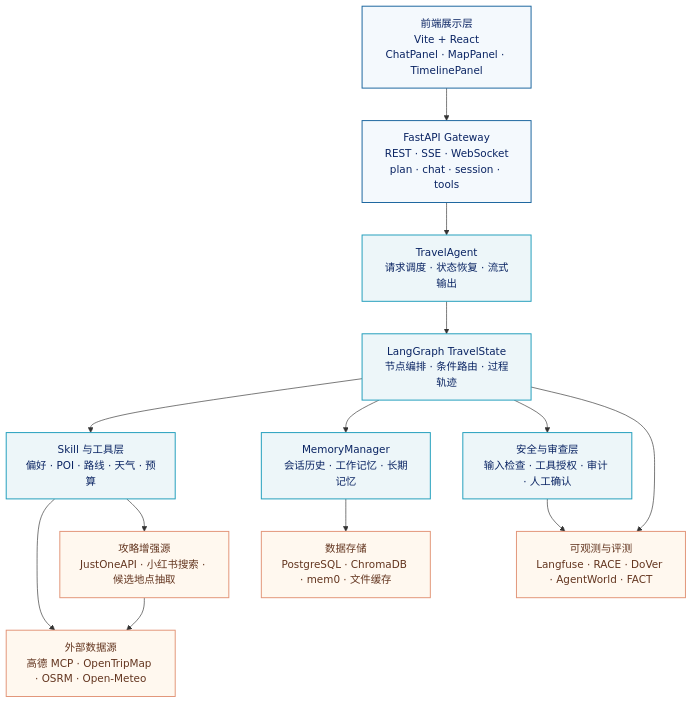
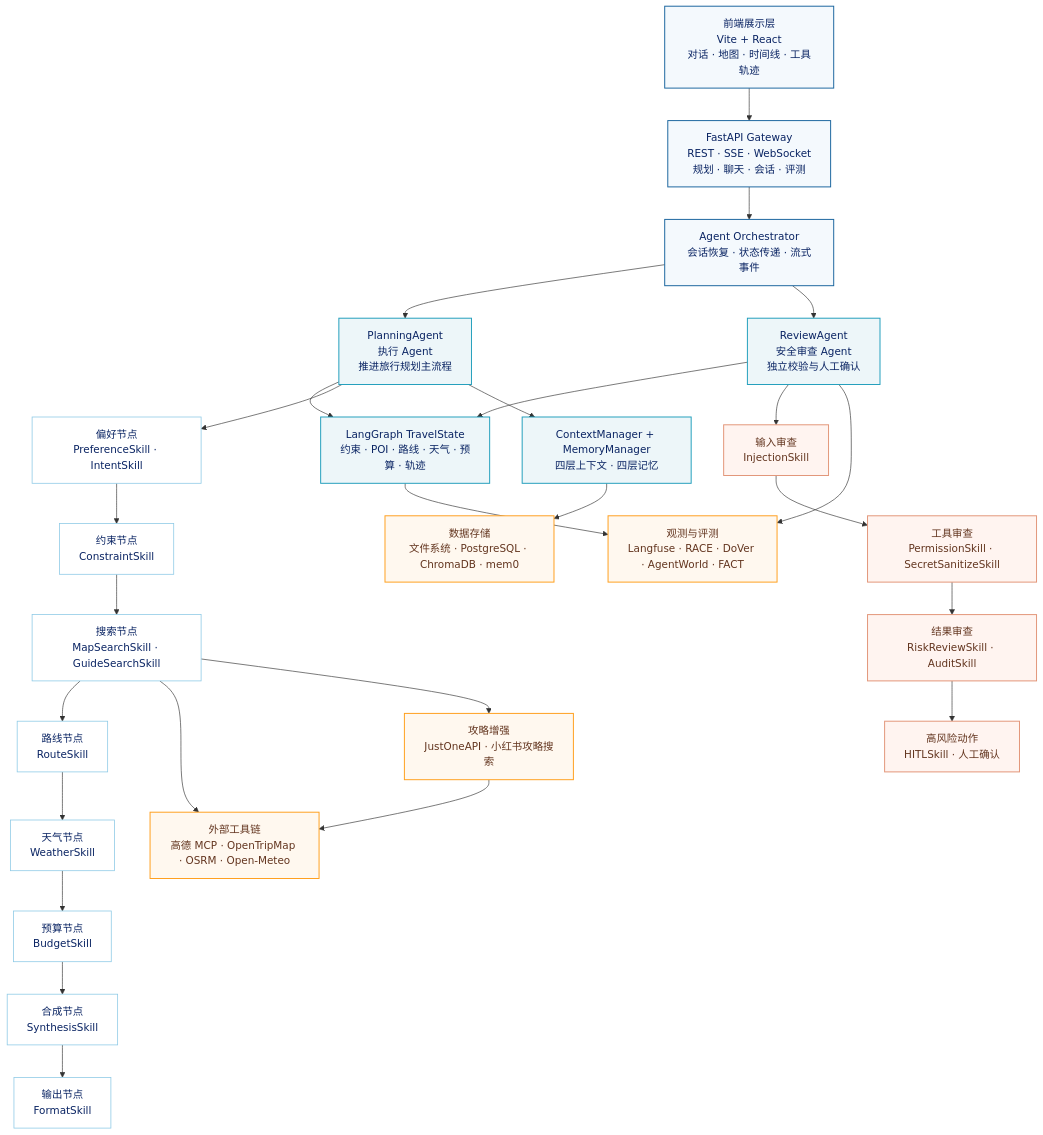
Before and after one commit to Fr0sttt/travel-agent: the first of 3 diagrams in app/public/how-it-works.md, drawn with Mermaid. The commit also changed other lines of this file, not shown here.

Commit message:
docs: deepen multi-agent travel planning guide

````diff
--- a/app/public/how-it-works.md
+++ b/app/public/how-it-works.md
@@ -105,34 +117,58 @@
 ```mermaid
 flowchart TB
-    UI["前端展示层<br/>Vite + React<br/>ChatPanel · MapPanel · TimelinePanel"]
-    API["FastAPI Gateway<br/>REST · SSE · WebSocket<br/>plan · chat · session · tools"]
-    AGENT["TravelAgent<br/>请求调度 · 状态恢复 · 流式输出"]
-    GRAPH["LangGraph TravelState<br/>节点编排 · 条件路由 · 过程轨迹"]
-    SKILL["Skill 与工具层<br/>偏好 · POI · 路线 · 天气 · 预算"]
-    MEMORY["MemoryManager<br/>会话历史 · 工作记忆 · 长期记忆"]
-    SAFETY["安全与审查层<br/>输入检查 · 工具授权 · 审计 · 人工确认"]
-    SOURCES["外部数据源<br/>高德 MCP · OpenTripMap · OSRM · Open-Meteo"]
-    GUIDES["攻略增强源<br/>JustOneAPI · 小红书搜索 · 候选地点抽取"]
-    STORAGE["数据存储<br/>PostgreSQL · ChromaDB · mem0 · 文件缓存"]
-    OBS["可观测与评测<br/>Langfuse · RACE · DoVer · AgentWorld · FACT"]
+    UI["前端展示层<br/>Vite + React<br/>对话 · 地图 · 时间线 · 工具轨迹"]
+    API["FastAPI Gateway<br/>REST · SSE · WebSocket<br/>规划 · 聊天 · 会话 · 评测"]
+    ORCH["Agent Orchestrator<br/>会话恢复 · 状态传递 · 流式事件"]
+    STATE["LangGraph TravelState<br/>约束 · POI · 路线 · 天气 · 预算 · 轨迹"]
 
-    UI --> API
-    API --> AGENT
-    AGENT --> GRAPH
-    GRAPH --> SKILL
-    GRAPH --> MEMORY
-    GRAPH --> SAFETY
-    SKILL --> SOURCES
-    SKILL --> GUIDES
+    EXEC["PlanningAgent<br/>执行 Agent<br/>推进旅行规划主流程"]
+    REVIEW["ReviewAgent<br/>安全审查 Agent<br/>独立校验与人工确认"]
+
+    PREF["偏好节点<br/>PreferenceSkill · IntentSkill"]
+    CONSTRAINT["约束节点<br/>ConstraintSkill"]
+    SEARCH["搜索节点<br/>MapSearchSkill · GuideSearchSkill"]
+    ROUTE["路线节点<br/>RouteSkill"]
+    WEATHER["天气节点<br/>WeatherSkill"]
+    BUDGET["预算节点<br/>BudgetSkill"]
+    SYNTH["合成节点<br/>SynthesisSkill"]
+    OUTPUT["输出节点<br/>FormatSkill"]
+
+    INPUT_GUARD["输入审查<br/>InjectionSkill"]
+    TOOL_GUARD["工具审查<br/>PermissionSkill · SecretSanitizeSkill"]
+    RESULT_GUARD["结果审查<br/>RiskReviewSkill · AuditSkill"]
+    HITL["高风险动作<br/>HITLSkill · 人工确认"]
+
+    SOURCES["外部工具链<br/>高德 MCP · OpenTripMap · OSRM · Open-Meteo"]
+    GUIDES["攻略增强<br/>JustOneAPI · 小红书攻略搜索"]
+    MEMORY["ContextManager + MemoryManager<br/>四层上下文 · 四层记忆"]
+    STORAGE["数据存储<br/>文件系统 · PostgreSQL · ChromaDB · mem0"]
+    OBS["观测与评测<br/>Langfuse · RACE · DoVer · AgentWorld · FACT"]
+
+    UI --> API --> ORCH
+    ORCH --> EXEC
+    ORCH --> REVIEW
+    EXEC --> STATE
+    REVIEW --> STATE
+
+    EXEC --> PREF --> CONSTRAINT --> SEARCH --> ROUTE --> WEATHER --> BUDGET --> SYNTH --> OUTPUT
+    REVIEW --> INPUT_GUARD --> TOOL_GUARD --> RESULT_GUARD --> HITL
+
+    SEARCH --> SOURCES
+    SEARCH --> GUIDES
     GUIDES --> SOURCES
+    EXEC --> MEMORY
+    REVIEW --> OBS
+    STATE --> OBS
     MEMORY --> STORAGE
-    SAFETY --> OBS
-    GRAPH --> OBS
 
-    classDef app fill:#F4F9FD,stroke:#1A659E,color:#0A2463,stroke-width:1.5px;
-    classDef core fill:#EDF6F9,stroke:#219EBC,color:#0A2463,stroke-width:1.5px;
-    classDef data fill:#FFF8EF,stroke:#E29578,color:#63351F,stroke-width:1.5px;
-    class UI,API app;
-    class AGENT,GRAPH,SKILL,MEMORY,SAFETY core;
+    classDef frontend fill:#F4F9FD,stroke:#1A659E,color:#0A2463,stroke-width:1.5px;
+    classDef agent fill:#EDF6F9,stroke:#219EBC,color:#0A2463,stroke-width:1.5px;
+    classDef skill fill:#FFFFFF,stroke:#8ECAE6,color:#0A2463,stroke-width:1.2px;
+    classDef security fill:#FFF4F0,stroke:#E29578,color:#63351F,stroke-width:1.5px;
+    classDef data fill:#FFF8EF,stroke:#FF9F1C,color:#63351F,stroke-width:1.5px;
+    class UI,API,ORCH frontend;
+    class EXEC,REVIEW,STATE,MEMORY agent;
+    class PREF,CONSTRAINT,SEARCH,ROUTE,WEATHER,BUDGET,SYNTH,OUTPUT skill;
+    class INPUT_GUARD,TOOL_GUARD,RESULT_GUARD,HITL security;
     class SOURCES,GUIDES,STORAGE,OBS data;
 ```
````
